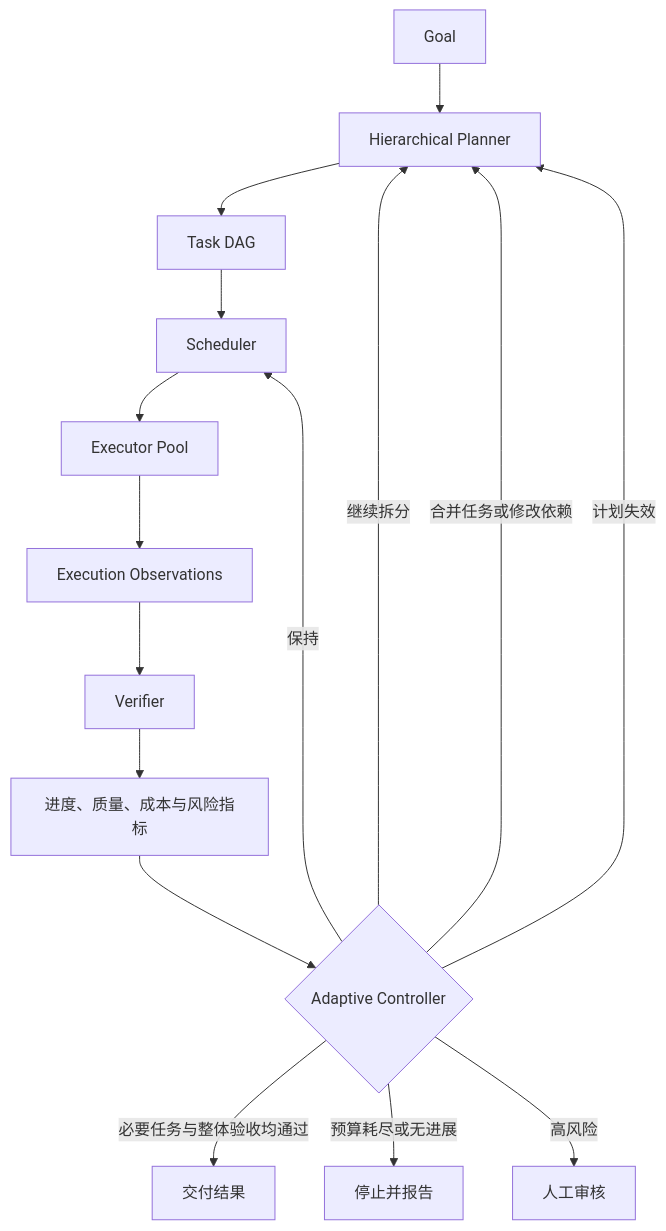
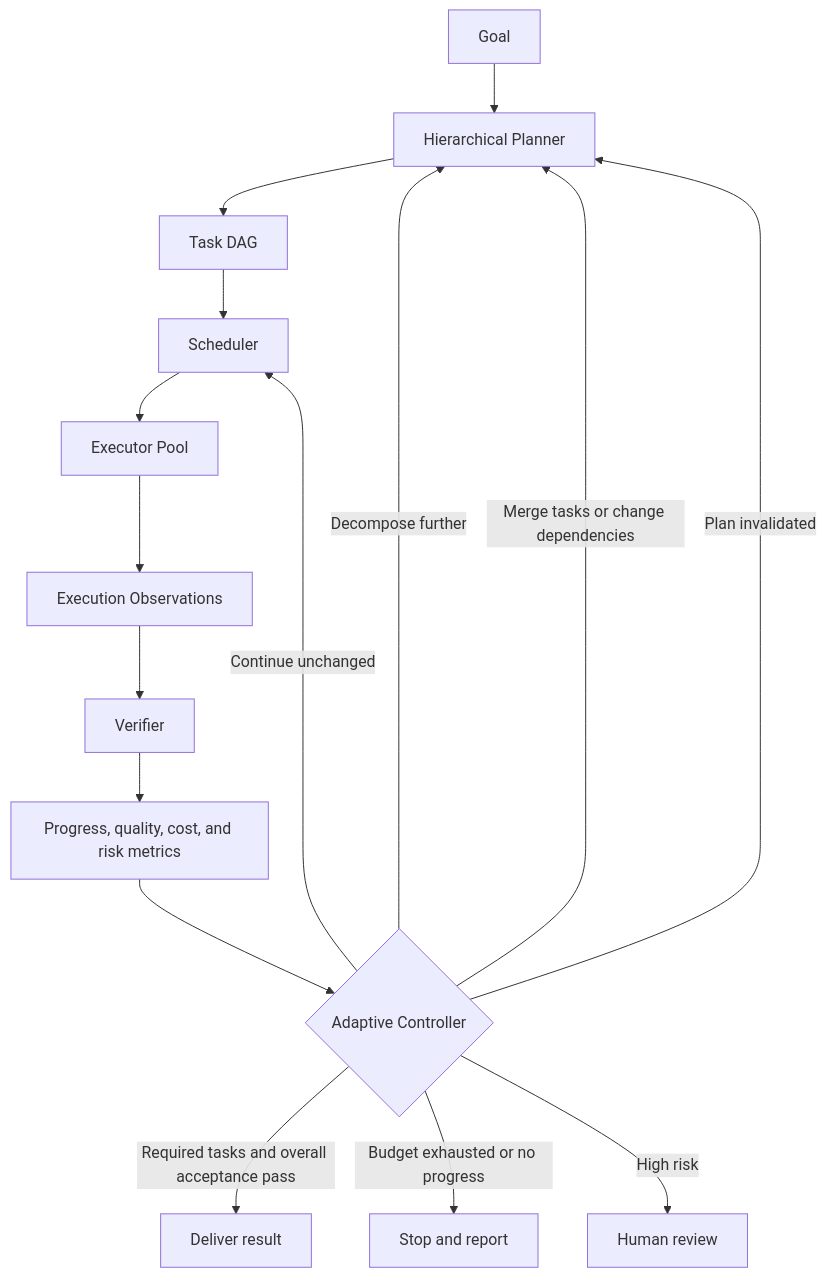
One commit to oneleaveknowsthefall/awesome-ai-roadmap changed diagram 13 of 16 in docs/agent/02-reasoning-planning/06-task-decomposition.md. Above: the diagram before and after it, drawn with Mermaid. The commit also changed other lines of this file and 68 other files, not shown here.

````diff
--- a/docs/agent/02-reasoning-planning/06-task-decomposition.md
+++ b/docs/agent/02-reasoning-planning/06-task-decomposition.md
@@ -785,20 +789,20 @@
 ```mermaid
 flowchart TB
     G[Goal] --> P[Hierarchical Planner]
     P --> DAG[Task DAG]
     DAG --> SCH[Scheduler]
     SCH --> EX[Executor Pool]
     EX --> OBS[Execution Observations]
     OBS --> VER[Verifier]
 
-    VER --> MET[进度、质量、成本与风险指标]
+    VER --> MET[Progress, quality, cost, and risk metrics]
     MET --> CTRL{Adaptive Controller}
 
-    CTRL -->|保持| SCH
-    CTRL -->|必要任务与整体验收均通过| DONE[交付结果]
-    CTRL -->|继续拆分| P
-    CTRL -->|合并任务或修改依赖| P
-    CTRL -->|计划失效| P
-    CTRL -->|预算耗尽或无进展| STOP[停止并报告]
-    CTRL -->|高风险| HUMAN[人工审核]
+    CTRL -->|Continue unchanged| SCH
+    CTRL -->|Required tasks and overall acceptance pass| DONE[Deliver result]
+    CTRL -->|Decompose further| P
+    CTRL -->|Merge tasks or change dependencies| P
+    CTRL -->|Plan invalidated| P
+    CTRL -->|Budget exhausted or no progress| STOP[Stop and report]
+    CTRL -->|High risk| HUMAN[Human review]
 ```
````
